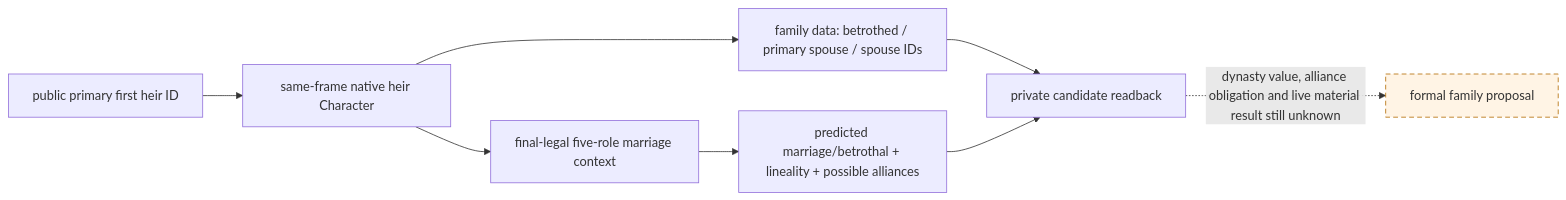
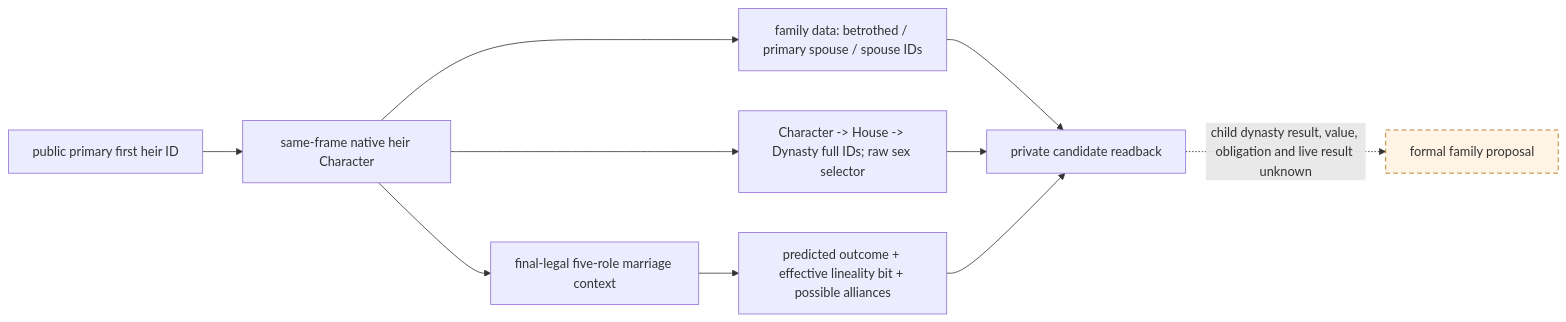
One commit to XenoAmess/ck3_eternal_recurrence changed the fifth of 7 diagrams in docs/ck3-native-ai/marriage-and-alliance.md. Above: the diagram before and after it, drawn with Mermaid. The commit also changed other lines of this file and 6 other files, not shown here.

Commit message:
NW-FAMILY-DYNASTY read exact lineage and effective lineality

````diff
--- a/docs/ck3-native-ai/marriage-and-alliance.md
+++ b/docs/ck3-native-ai/marriage-and-alliance.md
@@ -667,12 +673,14 @@
 ```mermaid
 flowchart LR
   A["public primary first heir ID"] --> B["same-frame native heir Character"]
   B --> C["family data: betrothed / primary spouse / spouse IDs"]
+  B --> H["Character -> House -> Dynasty full IDs; raw sex selector"]
   B --> D["final-legal five-role marriage context"]
-  D --> E["predicted marriage/betrothal + lineality + possible alliances"]
+  D --> E["predicted outcome + effective lineality bit + possible alliances"]
   C --> F["private candidate readback"]
+  H --> F
   E --> F
-  F -. "dynasty value, alliance obligation and live material result still unknown" .-> G["formal family proposal"]
+  F -. "child dynasty result, value, obligation and live result unknown" .-> G["formal family proposal"]
   classDef unknown stroke-dasharray:6 4,fill:#fff4e5,stroke:#b36b00;
   class G unknown;
 ```
````
